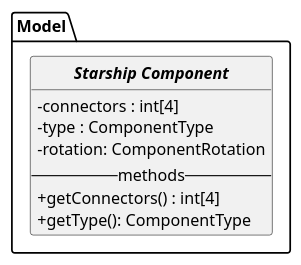
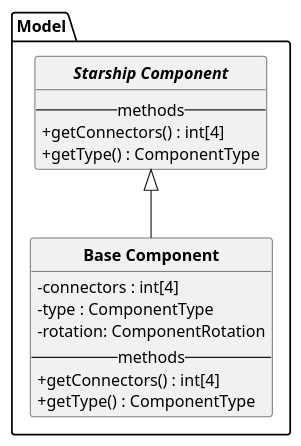
The diagram in classdiagrams.puml (teoscura/ing-sw-2025-ponzo-romano-sarto-scuratti), drawn with PlantUML before and after one commit. The commit also changed 1 other file, not shown here.

Commit message:
Updated UML

```diff
--- a/classdiagrams.puml
+++ b/classdiagrams.puml
@@ -1,23 +1,27 @@
 @startuml style
 ''Style config
 hide circle
 skinparam classFontStyle bold
 skinparam groupInheritance 2
 set separator ::
 skinparam classAttributeIconSize 0
 
 ''Class declaration
 interface Model::iSC as "Starship Component"{
+    --methods--
+    {method} +getConnectors() : int[4]
+    {method} +getType() : ComponentType
+}
+
+class Model::SC as "Base Component" {
     {field} -connectors : int[4]
     {field} -type : ComponentType
     {field} -rotation: ComponentRotation
     --methods--
     {method} +getConnectors() : int[4]
-    {method} +getType(): ComponentType
+    {method} +getType() : ComponentType
 }
 
-
-
-
 ''Relations between classes
+iSC^--SC
 @enduml
```
